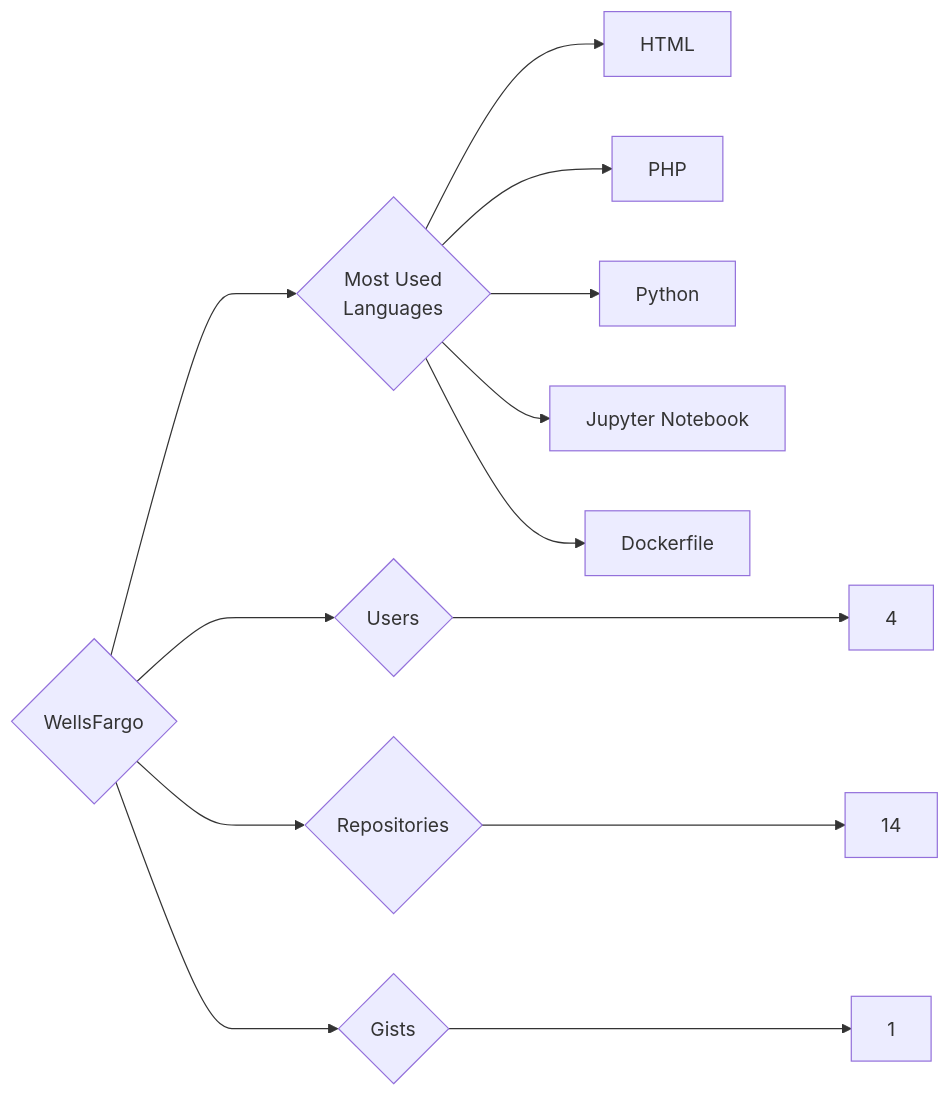
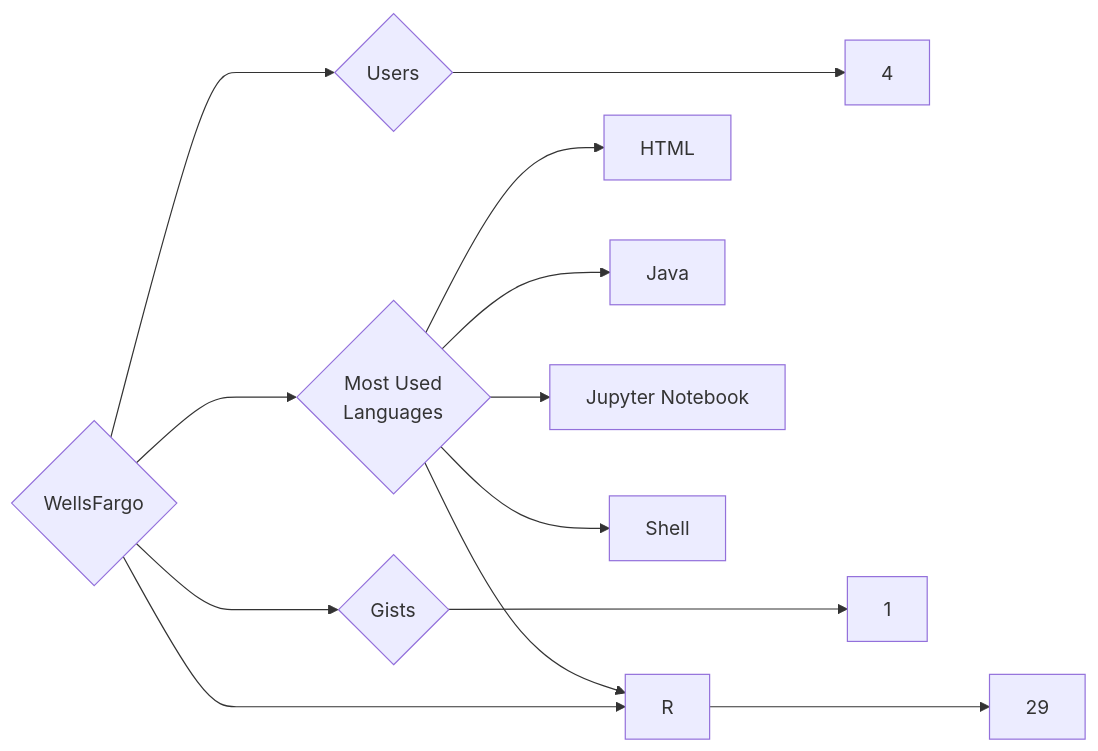
Before and after one commit to trickest/insiders: the diagram in targets/WellsFargo/README.md, drawn with Mermaid. The commit also changed 928 other files, not shown here.

````diff
--- a/targets/WellsFargo/README.md
+++ b/targets/WellsFargo/README.md
@@ -3,13 +3,13 @@
 ```mermaid
 graph LR
 COMPANY_NAME{WellsFargo}
 COMPANY_NAME ---> U{Users} ---> UN[4]
-COMPANY_NAME ---> R{Repositories} ---> RN[14]
+COMPANY_NAME ---> R{Repositories} ---> RN[29]
 COMPANY_NAME ---> G{Gists} ---> GN[1]
 COMPANY_NAME ---> ML{Most Used<br>Languages}
 ML --> HTML[HTML]
-ML --> PHP[PHP]
-ML --> Python[Python]
+ML --> R[R]
+ML --> Java[Java]
 ML --> Jupyter_Notebook[Jupyter Notebook]
-ML --> Dockerfile[Dockerfile]
+ML --> Shell[Shell]
 ```
````
